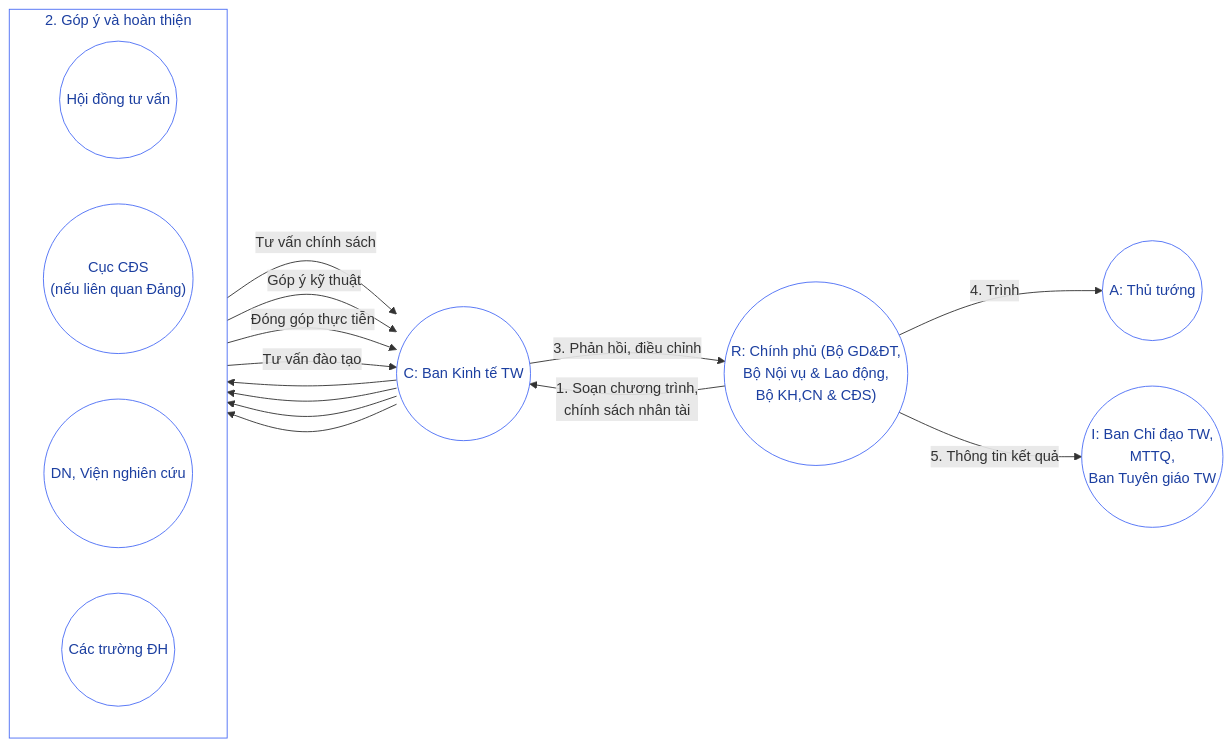
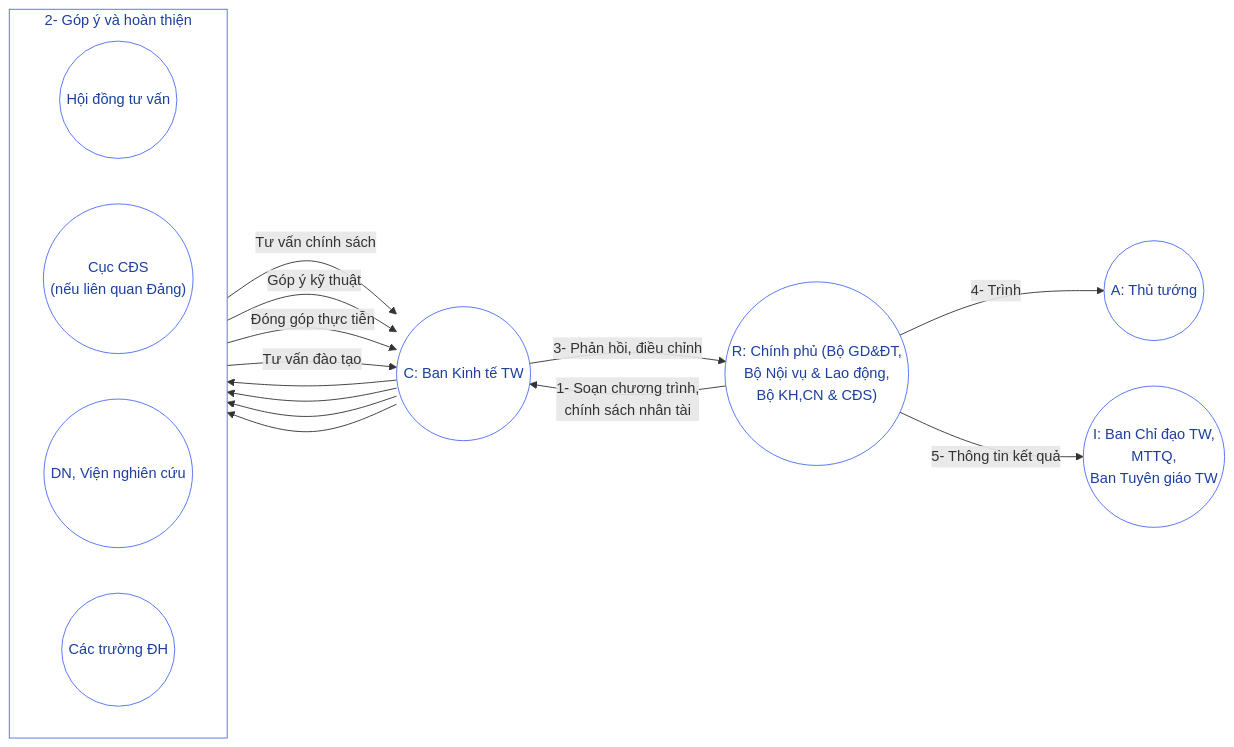
The sixth of 11 diagrams in mo hinh to chuc.md (thetrungdtt/VNMasterplan), drawn with Mermaid before and after one commit. The commit also changed other lines of this file, not shown here.

````diff
--- a/mo hinh to chuc.md
+++ b/mo hinh to chuc.md
@@ -252,32 +253,32 @@
 ```mermaid
 flowchart LR
-    A(("R: Chính phủ (Bộ GD&ĐT,<br/>Bộ Nội vụ & Lao động,<br/>Bộ KH,CN & CĐS)")) -->|"1. Soạn chương trình,<br/>chính sách nhân tài"| B(("C: Ban Kinh tế TW"))
+    A(("R: Chính phủ (Bộ GD&ĐT,<br/>Bộ Nội vụ & Lao động,<br/>Bộ KH,CN & CĐS)")) -->|"1- Soạn chương trình,<br/>chính sách nhân tài"| B(("C: Ban Kinh tế TW"))
     
-    subgraph step2["2. Góp ý và hoàn thiện"]
+    subgraph step2["2- Góp ý và hoàn thiện"]
         direction LR
         B1(("Hội đồng tư vấn"))
         B2(("Cục CĐS<br/>(nếu liên quan Đảng)"))
         B3(("DN, Viện nghiên cứu"))
         B4(("Các trường ĐH"))
     end
     
     B --> B1
     B --> B2
     B --> B3
     B --> B4
     
     B1 -->|"Tư vấn chính sách"| B
     B2 -->|"Góp ý kỹ thuật"| B
     B3 -->|"Đóng góp thực tiễn"| B
     B4 -->|"Tư vấn đào tạo"| B
     
-    B -->|"3. Phản hồi, điều chỉnh"| A
-    A -->|"4. Trình"| C(("A: Thủ tướng"))
-    A -->|"5. Thông tin kết quả"| D(("I: Ban Chỉ đạo TW,<br/>MTTQ,<br/>Ban Tuyên giáo TW"))
+    B -->|"3- Phản hồi, điều chỉnh"| A
+    A -->|"4- Trình"| C(("A: Thủ tướng"))
+    A -->|"5- Thông tin kết quả"| D(("I: Ban Chỉ đạo TW,<br/>MTTQ,<br/>Ban Tuyên giáo TW"))
 
     classDef step fill:#ffffff,stroke:#4c6ef5,stroke-width:1px,color:#1c3fa0
     classDef actor fill:#ffffff,stroke:#4c6ef5,stroke-width:1px,color:#1c3fa0
     class A,B,C,D,B1,B2,B3,B4 actor
     class step2 step
 
 ```
````
